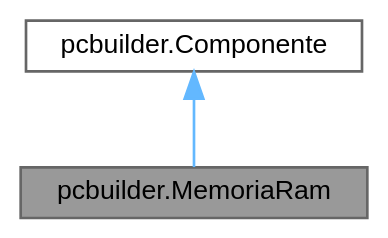
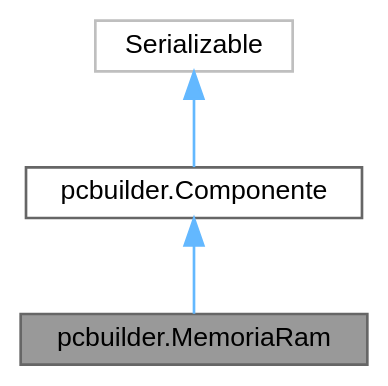
The diagram in classpcbuilder_1_1MemoriaRam__inherit__graph.dot (DenisAC2/PC-Builder-Java), drawn with Graphviz before and after one commit. The commit also changed 92 other files, not shown here.

```diff
--- a/classpcbuilder_1_1MemoriaRam__inherit__graph.dot
+++ b/classpcbuilder_1_1MemoriaRam__inherit__graph.dot
@@ -1,10 +1,12 @@
 digraph "pcbuilder.MemoriaRam"
 {
  // LATEX_PDF_SIZE
   bgcolor="transparent";
   edge [fontname=Helvetica,fontsize=10,labelfontname=Helvetica,labelfontsize=10];
   node [fontname=Helvetica,fontsize=10,shape=box,height=0.2,width=0.4];
   Node1 [id="Node000001",label="pcbuilder.MemoriaRam",height=0.2,width=0.4,color="gray40", fillcolor="grey60", style="filled", fontcolor="black",tooltip="Representa um módulo de Memória RAM."];
   Node2 -> Node1 [id="edge1_Node000001_Node000002",dir="back",color="steelblue1",style="solid",tooltip=" "];
   Node2 [id="Node000002",label="pcbuilder.Componente",height=0.2,width=0.4,color="gray40", fillcolor="white", style="filled",URL="$classpcbuilder_1_1Componente.html",tooltip="Classe abstrata base para todos os hardwares do sistema. Centraliza os atributos comuns como marca,..."];
+  Node3 -> Node2 [id="edge2_Node000002_Node000003",dir="back",color="steelblue1",style="solid",tooltip=" "];
+  Node3 [id="Node000003",label="Serializable",height=0.2,width=0.4,color="grey75", fillcolor="white", style="filled",tooltip=" "];
 }
```
